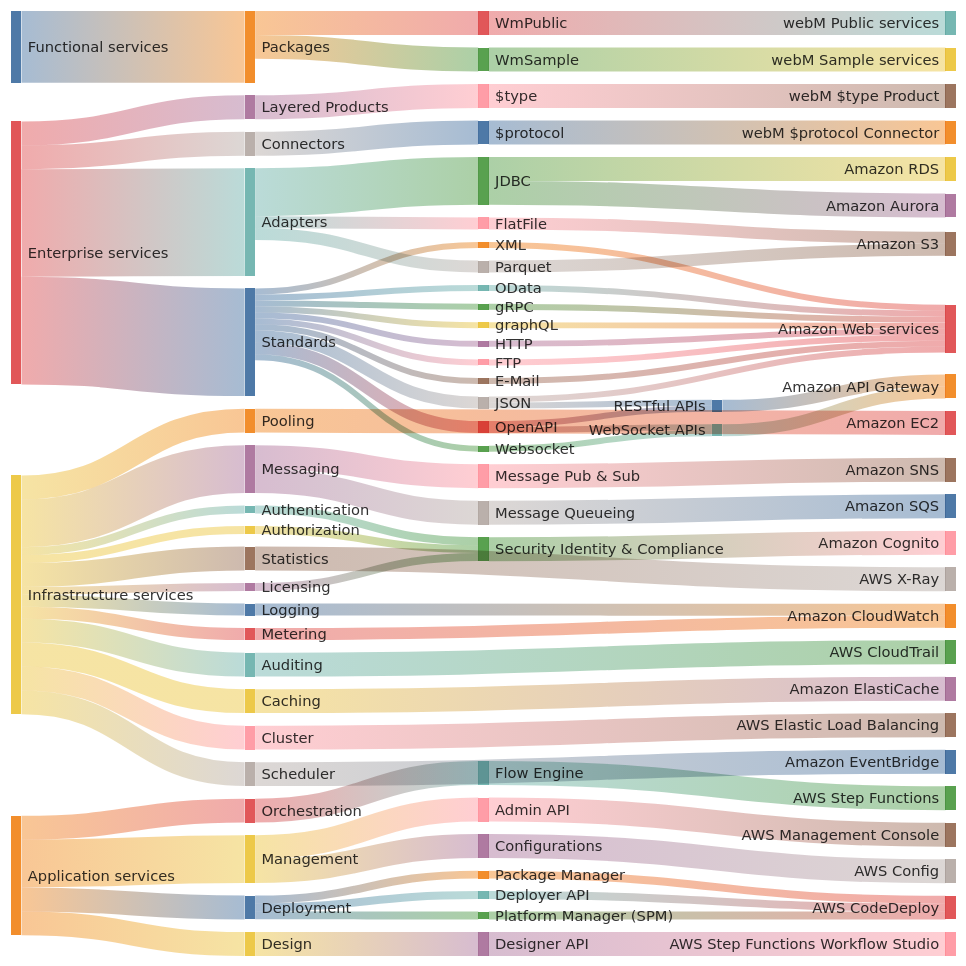
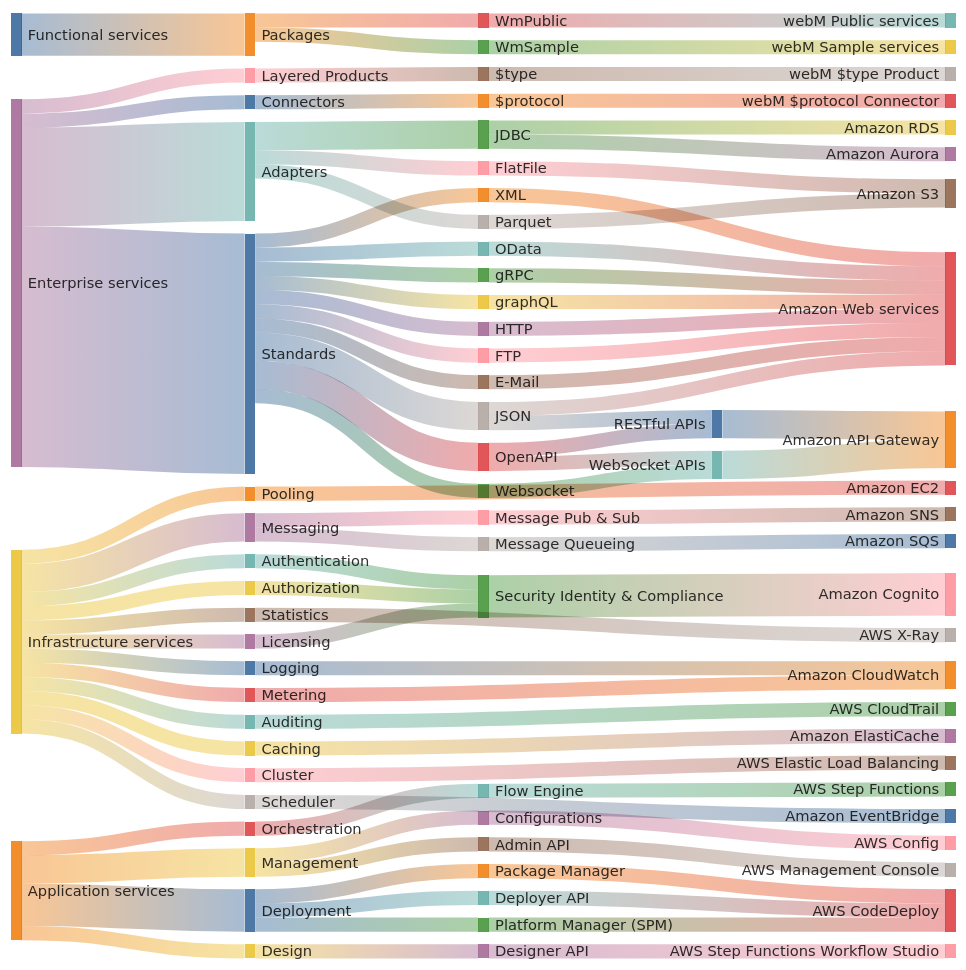
Before and after one commit to t-ibm/didymus: the diagram in app/src/doc/templates/microservicesBuildingBlocks.mmd, drawn with Mermaid.

Commit message:
Updating the building blocks diagram

```diff
--- a/app/src/doc/templates/microservicesBuildingBlocks.mmd
+++ b/app/src/doc/templates/microservicesBuildingBlocks.mmd
@@ -1,101 +1,101 @@
 ---
 config:
   sankey:
     width: 900
     height: 900
     showValues: false
 ---
 sankey-beta
 Functional services,Packages,6
 Packages,WmPublic,2
 WmPublic,webM Public services,2
 Packages,WmSample,2
 WmSample,webM Sample services,2
 
+Enterprise services,Layered Products,2
 Layered Products,"$type",2
 "$type","webM $type Product",2
+Enterprise services,Connectors,2
 Connectors,"$protocol",2
 "$protocol","webM $protocol Connector",2
-Enterprise services,Layered Products,2
-Enterprise services,Adapters,9
+Enterprise services,Adapters,14
 Adapters,JDBC,4
 JDBC,Amazon RDS,2
 JDBC,Amazon Aurora,2
-Adapters,FlatFile,1
-FlatFile,Amazon S3,1
-Adapters,Parquet,1
-Parquet,Amazon S3,1
-Enterprise services,Connectors,2
-Enterprise services,Standards,9
-Standards,XML,0.5
-XML,Amazon Web services,0.5
-Standards,OData,0.5
-OData,Amazon Web services,0.5
-Standards,gRPC,0.5
-gRPC,Amazon Web services,0.5
-Standards,graphQL,0.5
-graphQL,Amazon Web services,0.5
-Standards,HTTP,0.5
-HTTP,Amazon Web services,0.5
-Standards,FTP,0.5
-FTP,Amazon Web services,0.5
-Standards,E-Mail,0.5
-E-Mail,Amazon Web services,0.5
-Standards,JSON,1
-JSON,Amazon Web services,0.5
-JSON,RESTful APIs,0.5
-RESTful APIs,Amazon API Gateway,1
-Standards,OpenAPI,1
-OpenAPI,RESTful APIs,0.5
-OpenAPI,WebSocket APIs,0.5
-Standards,Websocket,0.5
-Websocket,WebSocket APIs,0.5
-WebSocket APIs,Amazon API Gateway,1
+Adapters,FlatFile,2
+FlatFile,Amazon S3,2
+Adapters,Parquet,2
+Parquet,Amazon S3,2
+Enterprise services,Standards,34
+Standards,XML,2
+XML,Amazon Web services,2
+Standards,OData,2
+OData,Amazon Web services,2
+Standards,gRPC,2
+gRPC,Amazon Web services,2
+Standards,graphQL,2
+graphQL,Amazon Web services,2
+Standards,HTTP,2
+HTTP,Amazon Web services,2
+Standards,FTP,2
+FTP,Amazon Web services,2
+Standards,E-Mail,2
+E-Mail,Amazon Web services,2
+Standards,JSON,4
+JSON,Amazon Web services,2
+JSON,RESTful APIs,2
+RESTful APIs,Amazon API Gateway,4
+Standards,OpenAPI,4
+OpenAPI,RESTful APIs,2
+OpenAPI,WebSocket APIs,2
+Standards,Websocket,2
+Websocket,WebSocket APIs,2
+WebSocket APIs,Amazon API Gateway,4
 
 Infrastructure services,Messaging,4
 Messaging,Message Pub & Sub,2
 Message Pub & Sub,Amazon SNS,2
 Messaging,Message Queueing,2
 Message Queueing,Amazon SQS,2
 Infrastructure services,Pooling,2
 Pooling,Amazon EC2,2
-Infrastructure services,Authentication,0.66
-Authentication,Security Identity & Compliance,0.66
-Infrastructure services,Authorization,0.66
-Authorization,Security Identity & Compliance,0.66
-Infrastructure services,Licensing,0.66
-Licensing,Security Identity & Compliance,0.66
-Security Identity & Compliance,Amazon Cognito,2
+Infrastructure services,Authentication,2
+Authentication,Security Identity & Compliance,2
+Infrastructure services,Authorization,2
+Authorization,Security Identity & Compliance,2
+Infrastructure services,Licensing,2
+Licensing,Security Identity & Compliance,2
+Security Identity & Compliance,Amazon Cognito,6
 Infrastructure services,Statistics,2
 Statistics,AWS X-Ray,2
-Infrastructure services,Logging,1
-Logging,Amazon CloudWatch,1
-Infrastructure services,Metering,1
-Metering,Amazon CloudWatch,1
+Infrastructure services,Logging,2
+Logging,Amazon CloudWatch,2
+Infrastructure services,Metering,2
+Metering,Amazon CloudWatch,2
 Infrastructure services,Auditing,2
 Auditing,AWS CloudTrail,2
 Infrastructure services,Caching,2
 Caching,Amazon ElastiCache,2
 Infrastructure services,Cluster,2
 Cluster,AWS Elastic Load Balancing,2
 Infrastructure services,Scheduler,2
 Scheduler,Amazon EventBridge,2
 
 Application services,Orchestration,2
 Orchestration,Flow Engine,2
 Flow Engine,AWS Step Functions,2
 Application services,Management,4
 Management,Configurations,2
+Configurations,AWS Config,2
 Management,Admin API,2
 Admin API,AWS Management Console,2
-Configurations,AWS Config,2
-Application services,Deployment,2
-Deployment,Package Manager,0.66
-Package Manager,AWS CodeDeploy,0.66
-Deployment,Deployer API,0.66
-Deployer API,AWS CodeDeploy,0.66
-Deployment,Platform Manager (SPM),0.66
-Platform Manager (SPM),AWS CodeDeploy,0.66
+Application services,Deployment,6
+Deployment,Package Manager,2
+Package Manager,AWS CodeDeploy,2
+Deployment,Deployer API,2
+Deployer API,AWS CodeDeploy,2
+Deployment,Platform Manager (SPM),2
+Platform Manager (SPM),AWS CodeDeploy,2
 Application services,Design,2
 Design,Designer API,2
 Designer API,AWS Step Functions Workflow Studio,2
```
